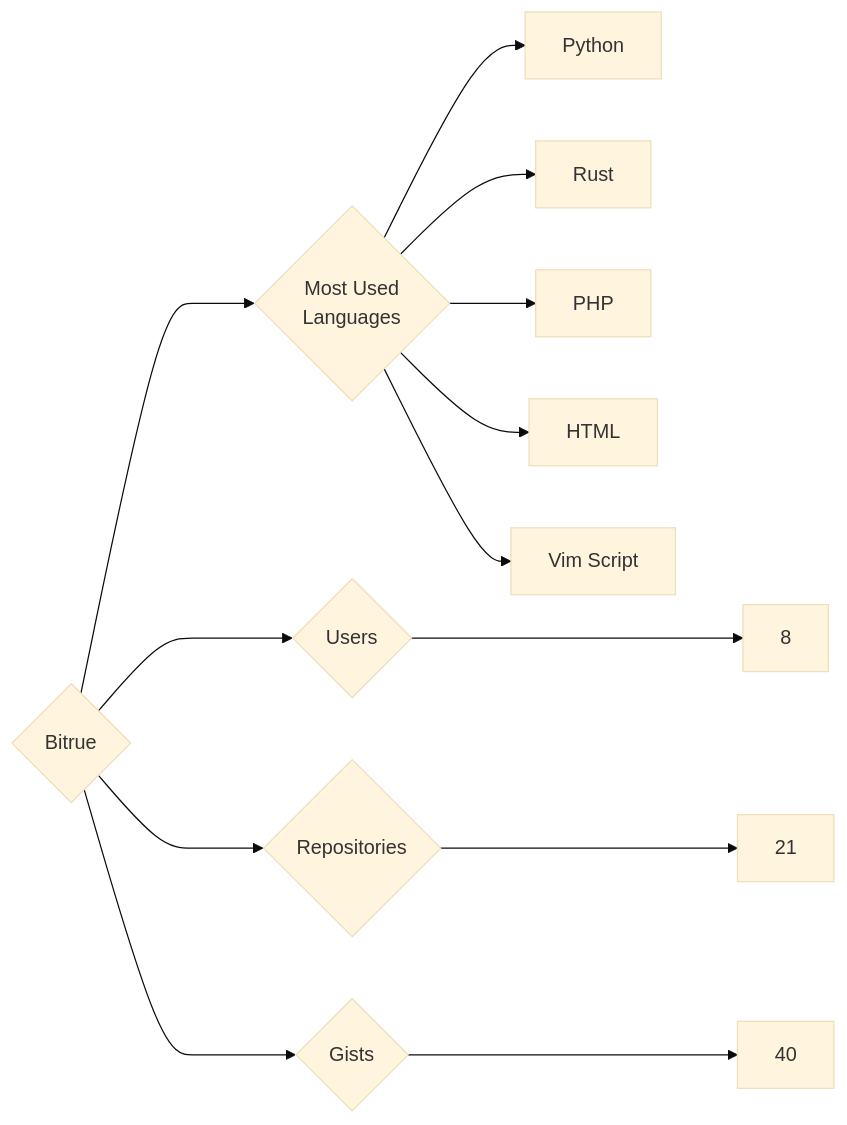
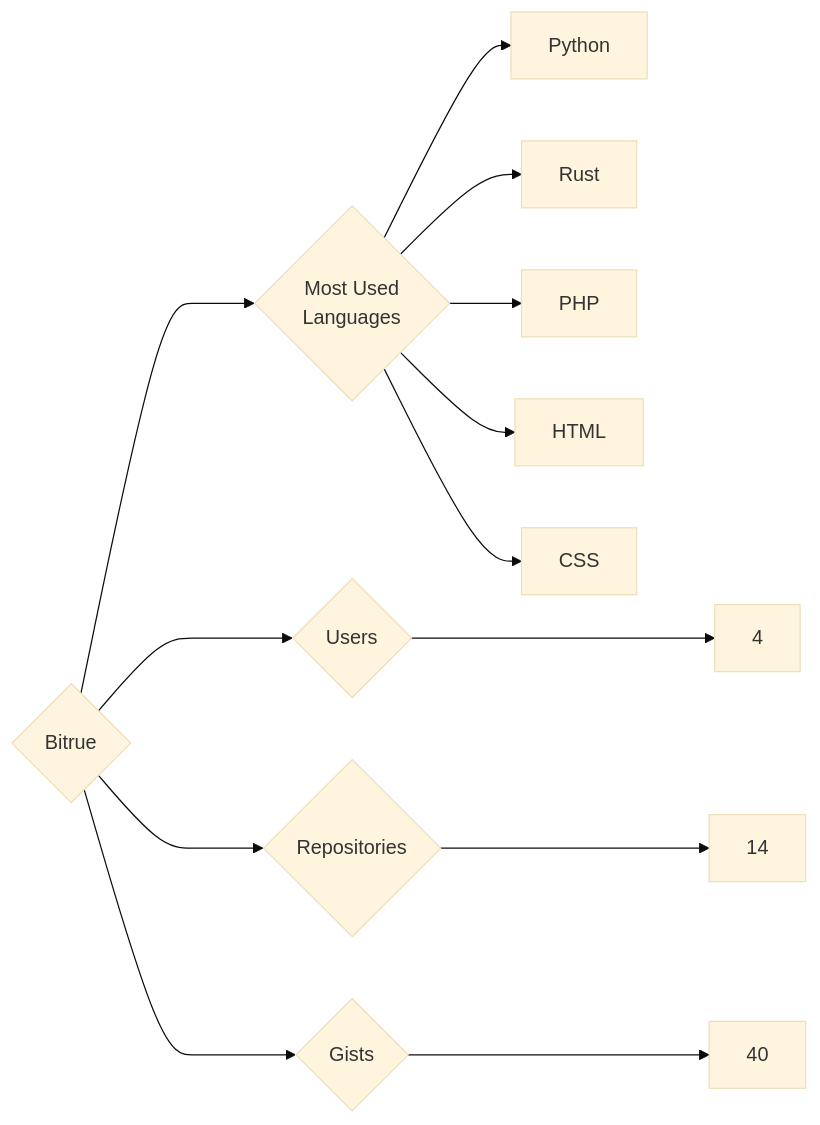
One commit to trickest/insiders changed the diagram in targets/Bitrue/README.md. Above: the diagram before and after it, drawn with Mermaid (base theme). The commit also changed 783 other files, not shown here.

````diff
--- a/targets/Bitrue/README.md
+++ b/targets/Bitrue/README.md
@@ -3,13 +3,13 @@
 ```mermaid
 graph LR
 COMPANY_NAME{Bitrue}
-COMPANY_NAME ---> U{Users} ---> UN[8]
-COMPANY_NAME ---> R{Repositories} ---> RN[21]
+COMPANY_NAME ---> U{Users} ---> UN[4]
+COMPANY_NAME ---> R{Repositories} ---> RN[14]
 COMPANY_NAME ---> G{Gists} ---> GN[40]
 COMPANY_NAME ---> ML{Most Used<br>Languages}
 ML --> Python[Python]
 ML --> Rust[Rust]
 ML --> PHP[PHP]
 ML --> HTML[HTML]
-ML --> Vim_Script[Vim Script]
+ML --> CSS[CSS]
 ```
````
